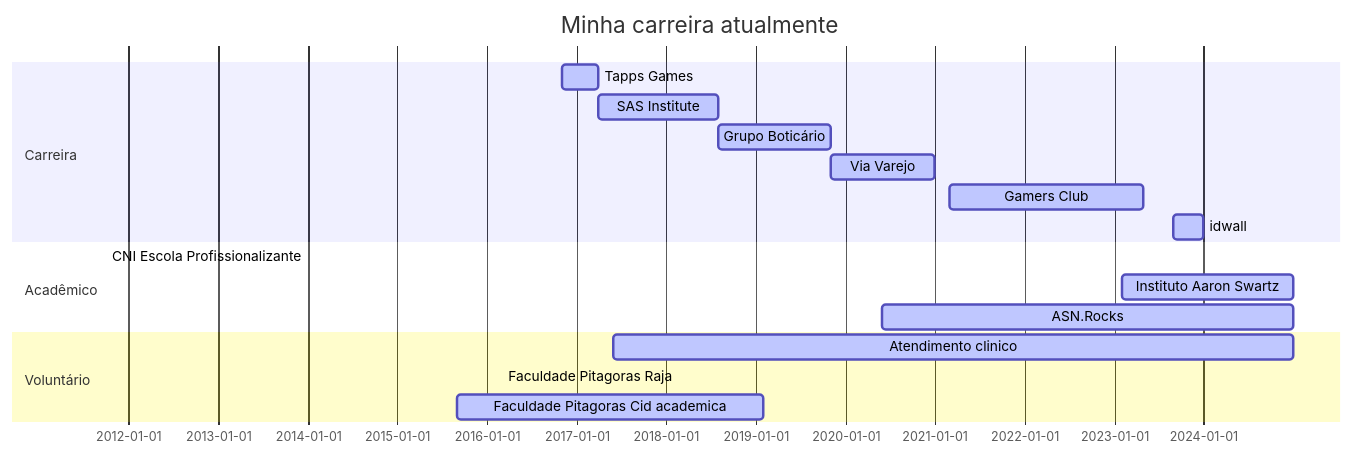
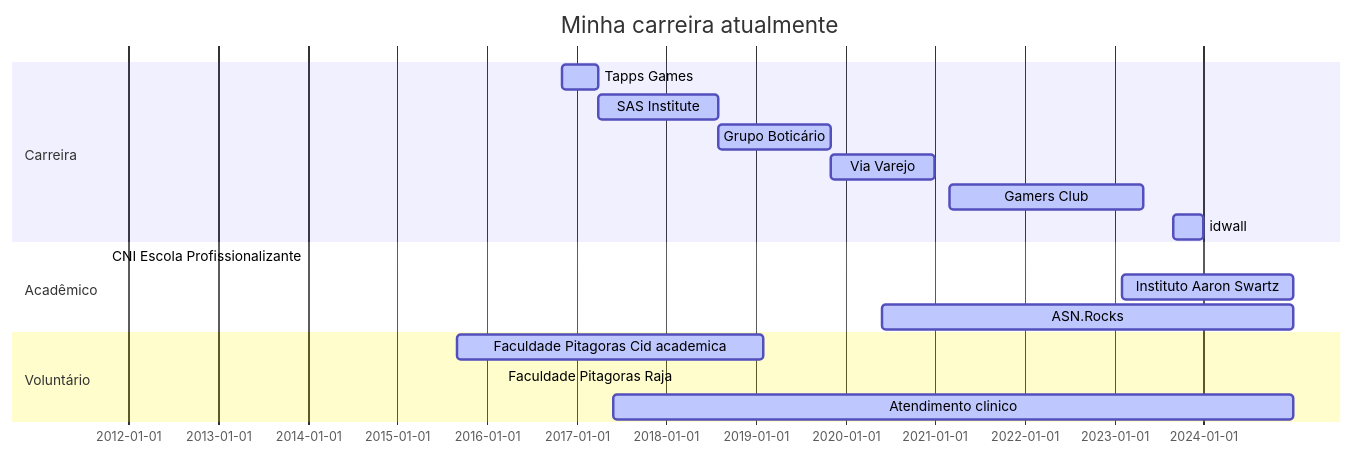
One commit to Ridd1kulusC0d3r/Ridd1kulusC0d3r changed the diagram in README.md. Above: the diagram before and after it, drawn with Mermaid. The commit also changed other lines of this file, not shown here.

````diff
--- a/README.md
+++ b/README.md
@@ -9,24 +9,24 @@
 ```mermaid
 
 gantt
 dateFormat  YYYY-MM-DD
 title Minha carreira atualmente
 
 section Carreira
 Tapps Games           :active,, 2016-11-01,2017-04-01
 SAS Institute         :active,, 2017-04-01,2018-08-01
 Grupo Boticário       :active,, 2018-08-01,2019-11-01
 Via Varejo            :active,, 2019-11-01,2021-01-01
 Gamers Club           :active,, 2021-03-01,2023-05-01
 idwall                :active,, 2023-09-01,2023-12-31
 
 section Acadêmico
 CNI Escola Profissionalizante            :active,, 2011-10-01,2012-02-31
 Instituto Aaron Swartz :active,, 2023-02-01,2024-12-31
 ASN.Rocks              :active,, 2020-06-01,2024-12-31
 
 section Voluntário
+Faculdade Pitagoras Cid academica :active,, 2015-09-01,2019-01-31
+Faculdade Pitagoras Raja  :active,, 2016-03-01,2018-04-31
 Atendimento clinico    :active,, 2017-06-01,2024-12-31
-Faculdade Pitagoras Raja  :active,, 2016-03-01,2018-04-31
-Faculdade Pitagoras Cid academica :active,, 2015-09-01,2019-01-31
 ```
````
